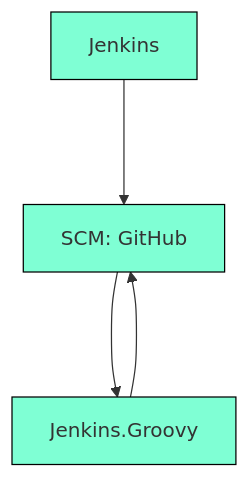
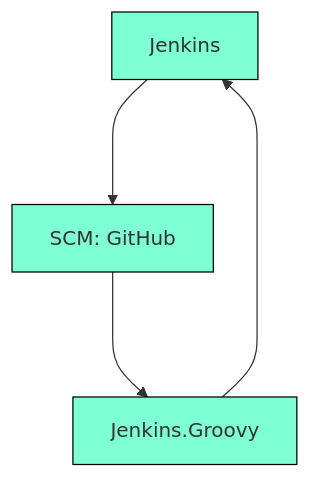
Before and after one commit to Lifailon/Deploy-PS-Module: the second of 2 diagrams in README.md, drawn with Mermaid.

Commit message:
test state

````diff
--- a/README.md
+++ b/README.md
@@ -15,10 +15,10 @@
 ```mermaid
 flowchart TD
     classDef class_color fill:#7FFFD4, stroke:#000, stroke-width:1px
-    A[Jenkins]:::class_color
-    B[SCM: GitHub]:::class_color
-    C[Jenkins.Groovy]:::class_color
-    A--->B
-    B--->C
-    C--->B
+    1[Jenkins]:::class_color
+    2[SCM: GitHub]:::class_color
+    3[Jenkins.Groovy]:::class_color
+    1--->2
+    2--->3
+    3--->1
 ```
````
